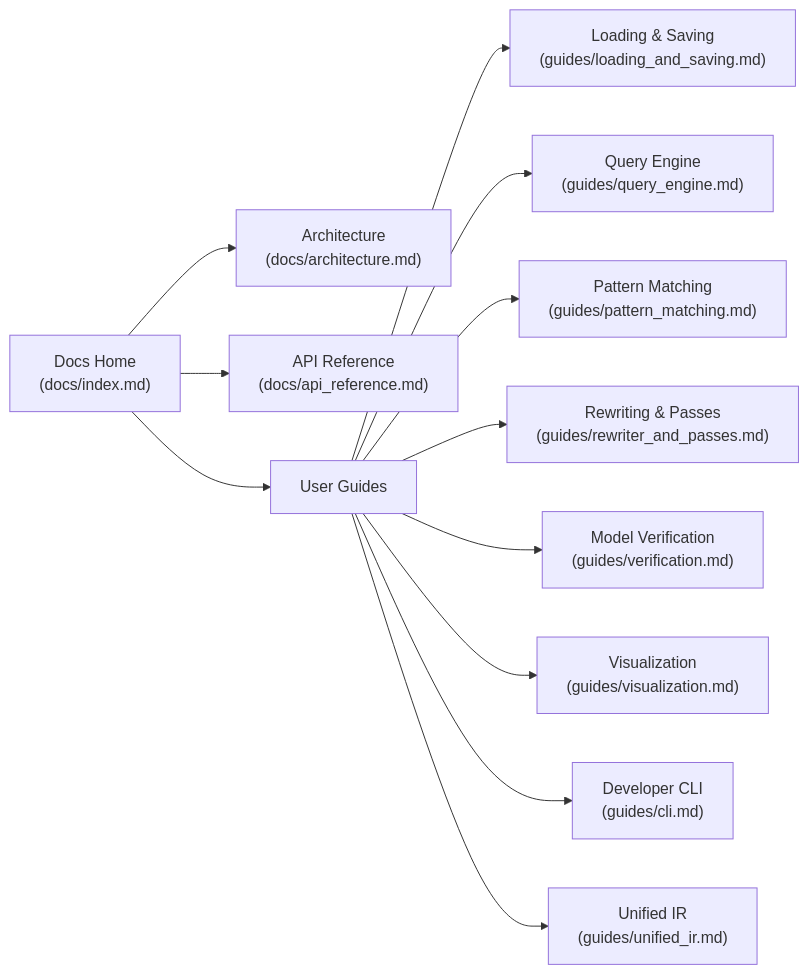
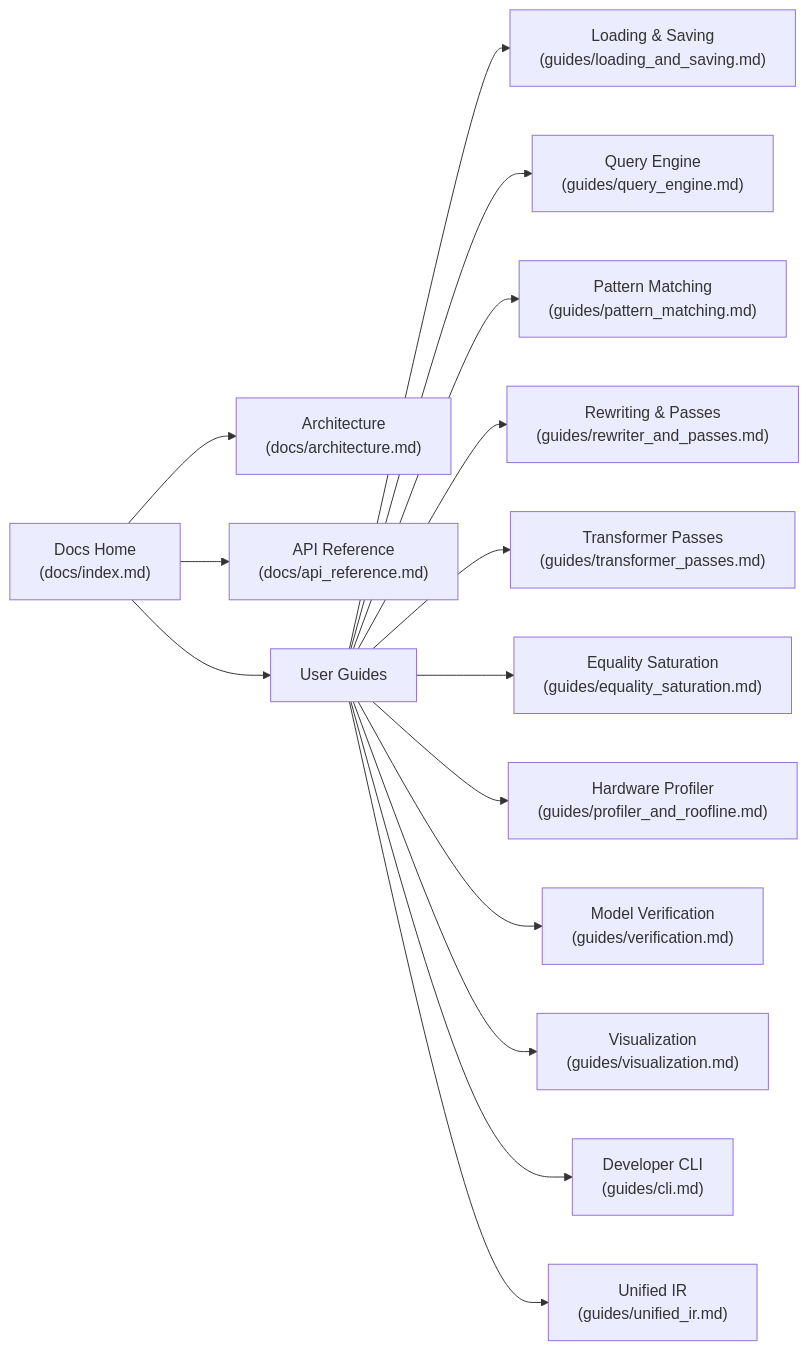
One commit to computerengineering-tutorial/neuron-toolkit changed the diagram in docs/index.md. Above: the diagram before and after it, drawn with Mermaid. The commit also changed other lines of this file and 59 other files, not shown here.

````diff
--- a/docs/index.md
+++ b/docs/index.md
@@ -77,20 +80,23 @@
 ```mermaid
 graph LR
     Index["Docs Home\n(docs/index.md)"]
     Arch["Architecture\n(docs/architecture.md)"]
     API["API Reference\n(docs/api_reference.md)"]
     Guides["User Guides"]
 
     Index --> Arch
     Index --> Guides
     Index --> API
 
     Guides --> G1["Loading & Saving\n(guides/loading_and_saving.md)"]
     Guides --> G2["Query Engine\n(guides/query_engine.md)"]
     Guides --> G3["Pattern Matching\n(guides/pattern_matching.md)"]
     Guides --> G4["Rewriting & Passes\n(guides/rewriter_and_passes.md)"]
-    Guides --> G5["Model Verification\n(guides/verification.md)"]
-    Guides --> G6["Visualization\n(guides/visualization.md)"]
-    Guides --> G7["Developer CLI\n(guides/cli.md)"]
-    Guides --> G8["Unified IR\n(guides/unified_ir.md)"]
+    Guides --> G5["Transformer Passes\n(guides/transformer_passes.md)"]
+    Guides --> G6["Equality Saturation\n(guides/equality_saturation.md)"]
+    Guides --> G7["Hardware Profiler\n(guides/profiler_and_roofline.md)"]
+    Guides --> G8["Model Verification\n(guides/verification.md)"]
+    Guides --> G9["Visualization\n(guides/visualization.md)"]
+    Guides --> G10["Developer CLI\n(guides/cli.md)"]
+    Guides --> G11["Unified IR\n(guides/unified_ir.md)"]
 ```
````
